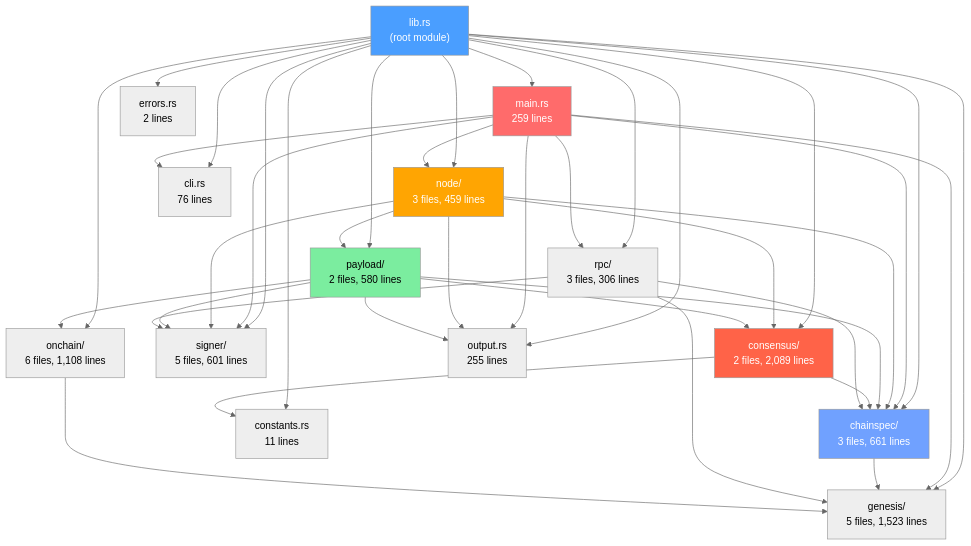
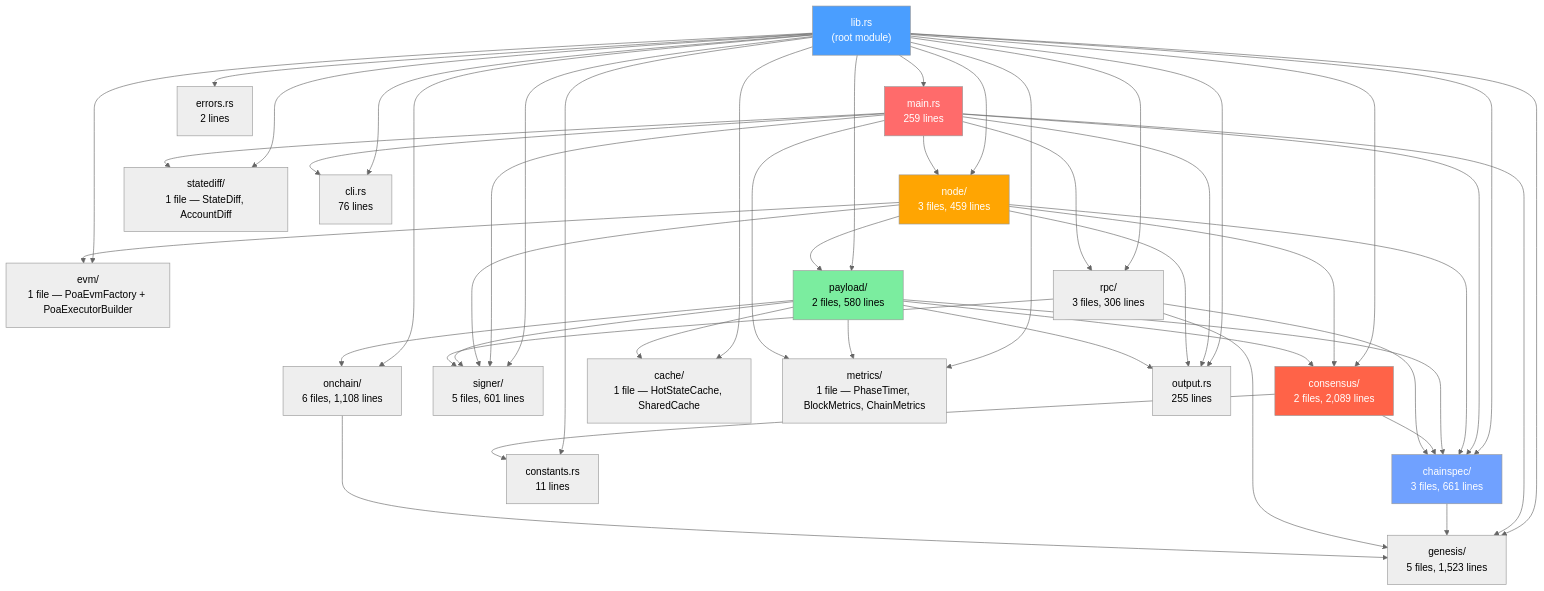
The second of 14 diagrams in md/Architecture.md (0xshubhs/custom-reth-chain-), drawn with Mermaid (neutral theme) before and after one commit. The commit also changed other lines of this file and 37 other files, not shown here.

First line of the commit message:
Phase 2 + Phase 5: performance engineering, EVM factory, cache, metrics, statediff

````diff
--- a/md/Architecture.md
+++ b/md/Architecture.md
@@ -108,56 +111,66 @@
 ```mermaid
 graph TD
     LIB["lib.rs<br/>(root module)"]
 
     LIB --> MAIN["main.rs<br/>259 lines"]
     LIB --> NODE["node/<br/>3 files, 459 lines"]
+    LIB --> EVM_MOD["evm/<br/>1 file — PoaEvmFactory + PoaExecutorBuilder"]
     LIB --> CONS["consensus/<br/>2 files, 2,089 lines"]
     LIB --> PAY["payload/<br/>2 files, 580 lines"]
     LIB --> CHAIN["chainspec/<br/>3 files, 661 lines"]
     LIB --> SIGN["signer/<br/>5 files, 601 lines"]
     LIB --> GEN["genesis/<br/>5 files, 1,523 lines"]
     LIB --> OC["onchain/<br/>6 files, 1,108 lines"]
     LIB --> RPC_MOD["rpc/<br/>3 files, 306 lines"]
+    LIB --> CACHE_MOD["cache/<br/>1 file — HotStateCache, SharedCache"]
+    LIB --> METRICS_MOD["metrics/<br/>1 file — PhaseTimer, BlockMetrics, ChainMetrics"]
+    LIB --> STATEDIFF_MOD["statediff/<br/>1 file — StateDiff, AccountDiff"]
     LIB --> CLI_MOD["cli.rs<br/>76 lines"]
     LIB --> CONST["constants.rs<br/>11 lines"]
     LIB --> ERR["errors.rs<br/>2 lines"]
     LIB --> OUT["output.rs<br/>255 lines"]
 
     MAIN --> NODE
     MAIN --> CHAIN
     MAIN --> GEN
     MAIN --> SIGN
     MAIN --> RPC_MOD
     MAIN --> OUT
     MAIN --> CLI_MOD
 
     NODE --> CONS
     NODE --> PAY
     NODE --> CHAIN
     NODE --> SIGN
     NODE --> OUT
+    NODE --> EVM_MOD
+
+    PAY --> CACHE_MOD
+    PAY --> METRICS_MOD
+    MAIN --> METRICS_MOD
+    MAIN --> STATEDIFF_MOD
 
     PAY --> CHAIN
     PAY --> CONS
     PAY --> SIGN
     PAY --> OC
     PAY --> OUT
 
     CONS --> CHAIN
     CONS --> CONST
 
     CHAIN --> GEN
 
     RPC_MOD --> CHAIN
     RPC_MOD --> GEN
     RPC_MOD --> SIGN
 
     OC --> GEN
 
     style LIB fill:#4a9eff,color:#fff
     style MAIN fill:#ff6b6b,color:#fff
     style NODE fill:#ffa502,color:#fff
     style CONS fill:#ff6348,color:#fff
     style PAY fill:#7bed9f,color:#000
     style CHAIN fill:#70a1ff,color:#fff
 ```
````
